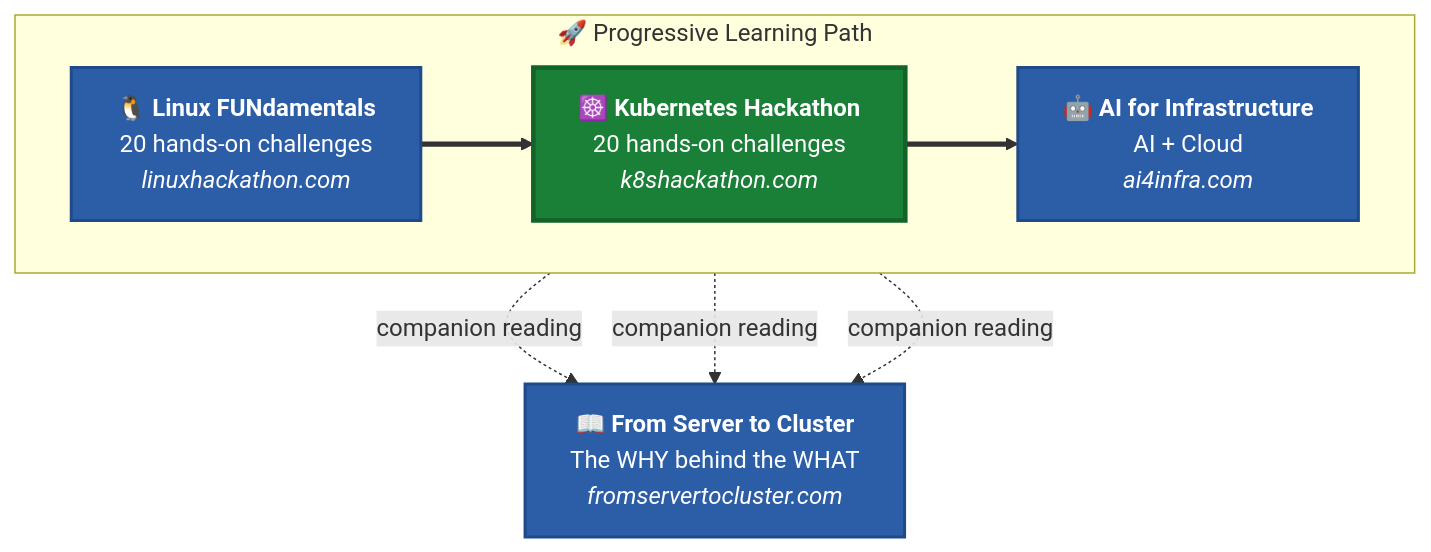
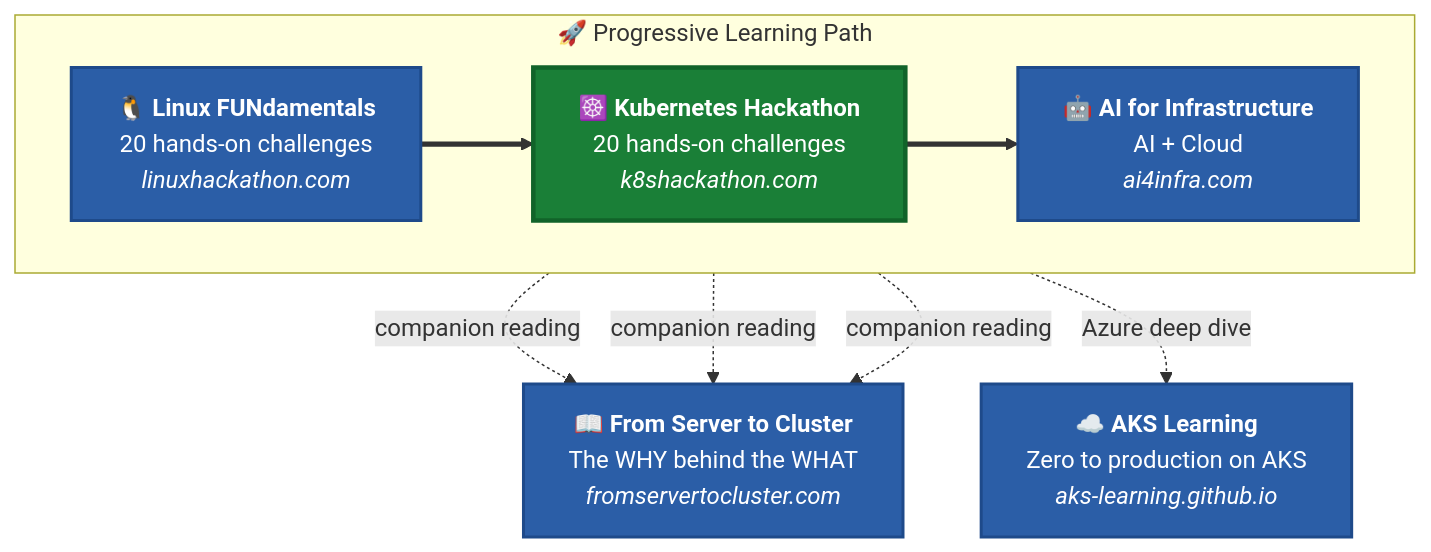
The diagram in README.md (ricmmartins/fasthack-kubernetes), drawn with Mermaid before and after one commit. The commit also changed 1 other file, not shown here.

Commit message:
Add AKS Learning reference to learning path

````diff
--- a/README.md
+++ b/README.md
@@ -44,25 +44,28 @@
 ```mermaid
 flowchart TB
     subgraph journey["🚀 Progressive Learning Path"]
         direction LR
         A["🐧 <b>Linux FUNdamentals</b><br/>20 hands-on challenges<br/><i>linuxhackathon.com</i>"] ==> B["☸️ <b>Kubernetes Hackathon</b><br/>20 hands-on challenges<br/><i>k8shackathon.com</i>"] ==> C["🤖 <b>AI for Infrastructure</b><br/>AI + Cloud<br/><i>ai4infra.com</i>"]
     end
 
     A -.->|companion reading| D
     B -.->|companion reading| D
     C -.->|companion reading| D
 
+    B -.->|Azure deep dive| E
+
     D["📖 <b>From Server to Cluster</b><br/>The WHY behind the WHAT<br/><i>fromservertocluster.com</i>"]
+    E["☁️ <b>AKS Learning</b><br/>Zero to production on AKS<br/><i>aks-learning.github.io</i>"]
 
     classDef challenge fill:#2b5ea7,stroke:#1e4a8a,color:#fff,stroke-width:2px
     classDef hackathon fill:#1a7f37,stroke:#116329,color:#fff,stroke-width:3px
 
-    class A,C challenge
+    class A,C,D,E challenge
     class B hackathon
-    class D challenge
 
     click A "https://linuxhackathon.com" _blank
     click B "https://k8shackathon.com" _blank
     click C "https://ai4infra.com" _blank
     click D "https://fromservertocluster.com" _blank
+    click E "https://aks-learning.github.io" _blank
 ```
````
